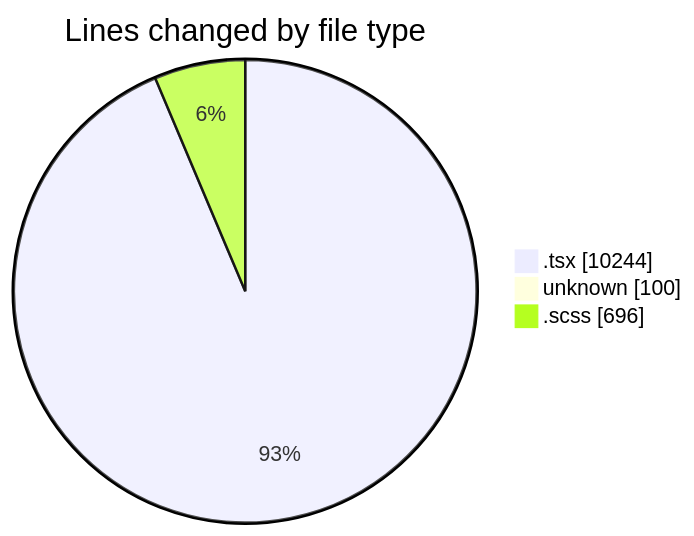
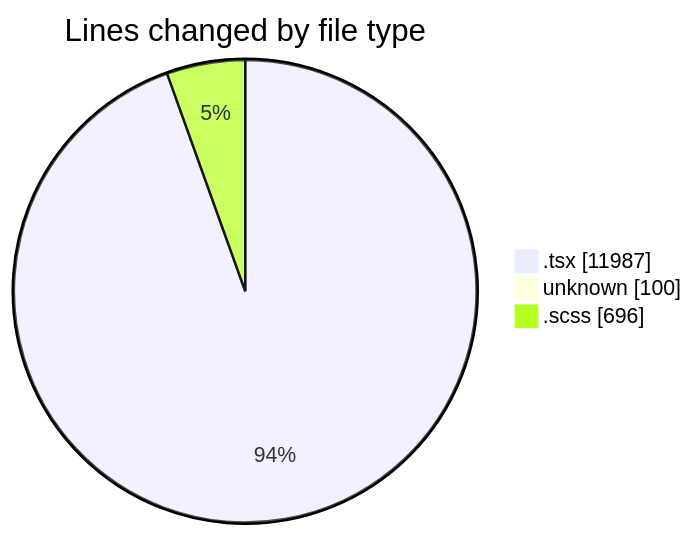
Before and after one commit to momahboobian/code-tracking: the first of 2 diagrams in 2025-12-05/cda/README.md, drawn with Mermaid. The commit also changed other lines of this file and 1 other file, not shown here.

````diff
--- a/2025-12-05/cda/README.md
+++ b/2025-12-05/cda/README.md
@@ -38,7 +38,7 @@
 ```mermaid
 pie showData
 title Lines changed by file type
-".tsx" : 10244
+".tsx" : 11987
 "unknown" : 100
 ".scss" : 696
 ```
````
